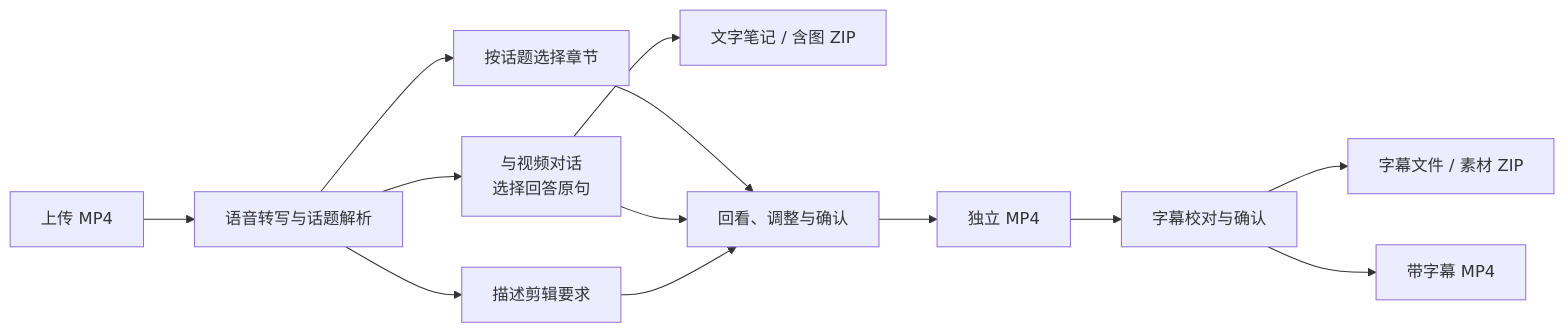
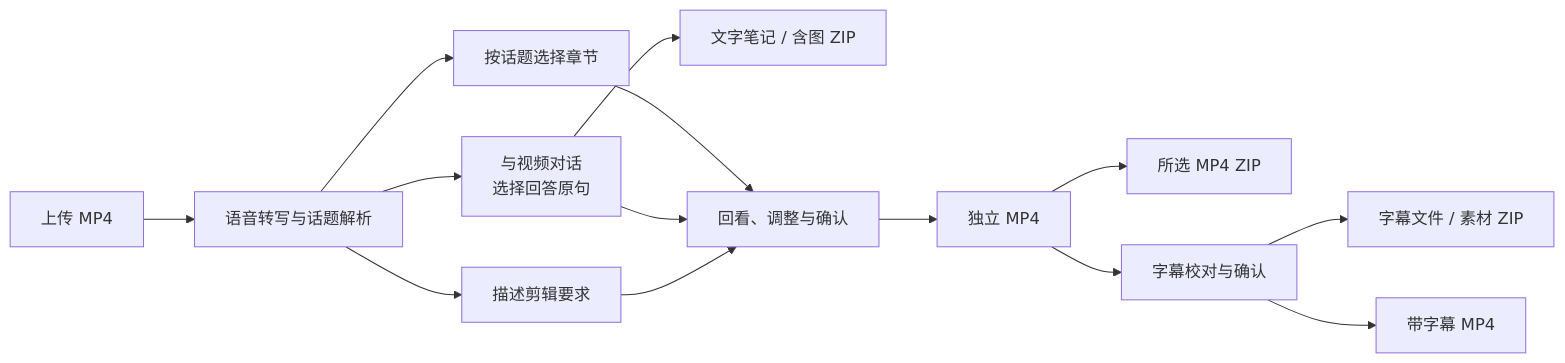
One commit to Lshiii/LiveCut-AI changed the first of 2 diagrams in README.md. Above: the diagram before and after it, drawn with Mermaid. The commit also changed other lines of this file and 26 other files, not shown here.

````diff
--- a/README.md
+++ b/README.md
@@ -24,15 +25,16 @@
 ```mermaid
 flowchart LR
     A[上传 MP4] --> B[语音转写与话题解析]
     B --> C[按话题选择章节]
     B --> D["与视频对话<br/>选择回答原句"]
     D --> N[文字笔记 / 含图 ZIP]
     B --> E[描述剪辑要求]
     C --> F[回看、调整与确认]
     D --> F
     E --> F
     F --> G[独立 MP4]
+    G --> K[所选 MP4 ZIP]
     G --> H[字幕校对与确认]
     H --> I[字幕文件 / 素材 ZIP]
     H --> J[带字幕 MP4]
 ```
````
